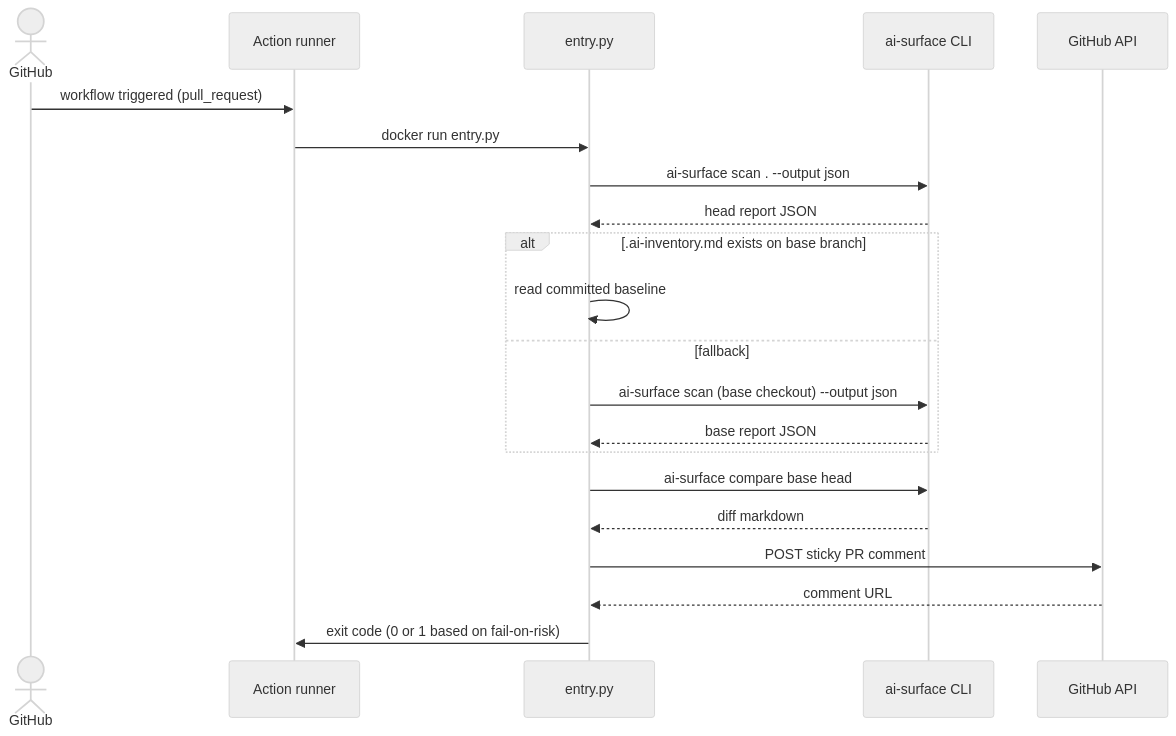
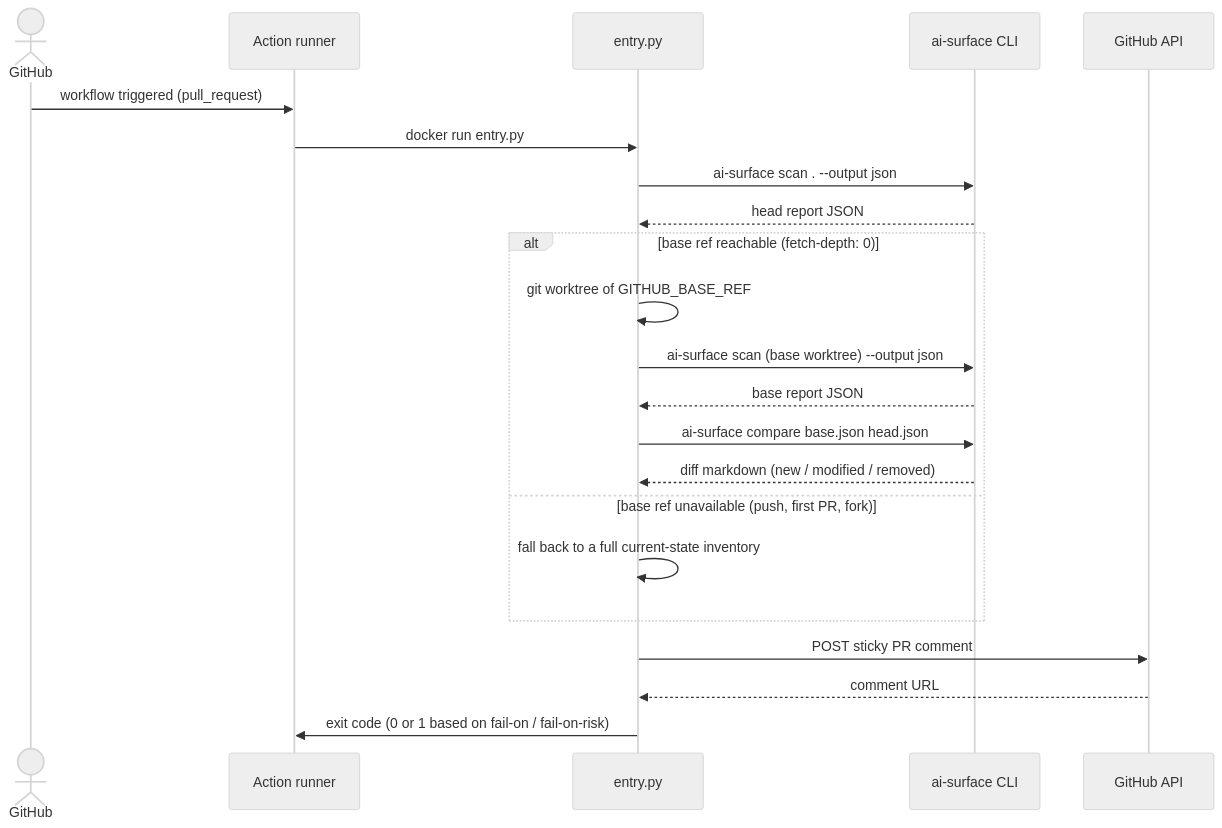
The fourth of 4 diagrams in docs/ARCHITECTURE.md (actions-marketplace-validations/apisec-inc_AI-Surface), drawn with Mermaid (neutral theme) before and after one commit. The commit also changed other lines of this file and 38 other files, not shown here.

````diff
--- a/docs/ARCHITECTURE.md
+++ b/docs/ARCHITECTURE.md
@@ -214,26 +218,27 @@
 ```mermaid
 sequenceDiagram
     actor GH as GitHub
     participant CI as Action runner
     participant Entry as entry.py
     participant AS as ai-surface CLI
     participant API as GitHub API
 
     GH->>CI: workflow triggered (pull_request)
     CI->>Entry: docker run entry.py
     Entry->>AS: ai-surface scan . --output json
     AS-->>Entry: head report JSON
 
-    alt .ai-inventory.md exists on base branch
-        Entry->>Entry: read committed baseline
-    else fallback
-        Entry->>AS: ai-surface scan (base checkout) --output json
+    alt base ref reachable (fetch-depth: 0)
+        Entry->>Entry: git worktree of GITHUB_BASE_REF
+        Entry->>AS: ai-surface scan (base worktree) --output json
         AS-->>Entry: base report JSON
+        Entry->>AS: ai-surface compare base.json head.json
+        AS-->>Entry: diff markdown (new / modified / removed)
+    else base ref unavailable (push, first PR, fork)
+        Entry->>Entry: fall back to a full current-state inventory
     end
 
-    Entry->>AS: ai-surface compare base head
-    AS-->>Entry: diff markdown
     Entry->>API: POST sticky PR comment
     API-->>Entry: comment URL
-    Entry->>CI: exit code (0 or 1 based on fail-on-risk)
+    Entry->>CI: exit code (0 or 1 based on fail-on / fail-on-risk)
 ```
````
